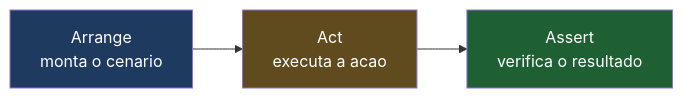
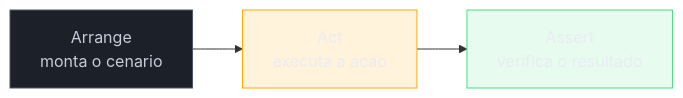
One commit to josenaldo/codex-technomanticus changed the first of 4 diagrams in 03-Dominios/Engenharia/Testes/03 - Anatomia de um bom teste.md. Above: the diagram before and after it, drawn with Mermaid. The commit also changed other lines of this file and 1181 other files, not shown here.

First line of the commit message:
fix(diagramas): paleta do sistema no lugar de cor cravada no markdown

````diff
--- a/03-Dominios/Engenharia/Testes/03 - Anatomia de um bom teste.md
+++ b/03-Dominios/Engenharia/Testes/03 - Anatomia de um bom teste.md
@@ -56,8 +56,11 @@
 ```mermaid
 flowchart LR
+    classDef neutro fill:#1B2029,stroke:#4E5666,color:#C6CCD8
+    classDef destaque fill:#FFAA0024,stroke:#FFAA00,color:#E9ECF2
+    classDef ok fill:#4ADE8021,stroke:#4ADE80,color:#E9ECF2
     A["Arrange<br/>monta o cenario"] --> B["Act<br/>executa a acao"]
     B --> C["Assert<br/>verifica o resultado"]
-    style A fill:#1e3a5f,color:#fff
-    style B fill:#5f4b1e,color:#fff
-    style C fill:#1e5f33,color:#fff
+    class A neutro
+    class B destaque
+    class C ok
 ```
````
